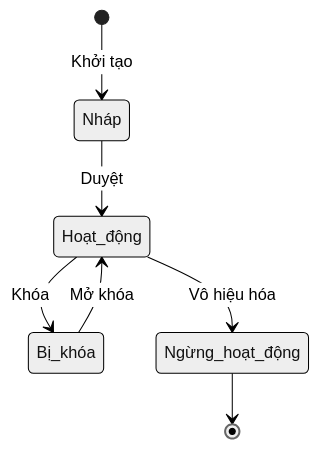
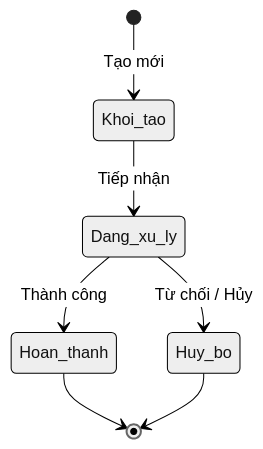
Before and after one commit to Gasyone/rinov5-station: the diagram in docs/templates/TEMPLATE-BF.md, drawn with Mermaid (neutral theme). The commit also changed other lines of this file and 40 other files, not shown here.

````diff
--- a/docs/templates/TEMPLATE-BF.md
+++ b/docs/templates/TEMPLATE-BF.md
@@ -89,9 +90,9 @@
 ```mermaid
 stateDiagram-v2
-    [*] --> Nháp : Khởi tạo
-    Nháp --> Hoạt_động : Duyệt
-    Hoạt_động --> Bị_khóa : Khóa
-    Bị_khóa --> Hoạt_động : Mở khóa
-    Hoạt_động --> Ngừng_hoạt_động : Vô hiệu hóa
-    Ngừng_hoạt_động --> [*]
+    [*] --> Khoi_tao: Tạo mới
+    Khoi_tao --> Dang_xu_ly: Tiếp nhận
+    Dang_xu_ly --> Hoan_thanh: Thành công
+    Dang_xu_ly --> Huy_bo: Từ chối / Hủy
+    Hoan_thanh --> [*]
+    Huy_bo --> [*]
 ```
````
